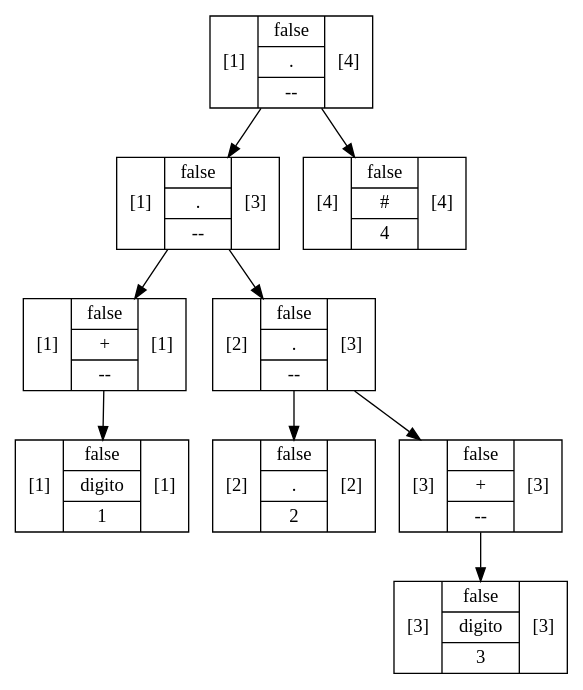
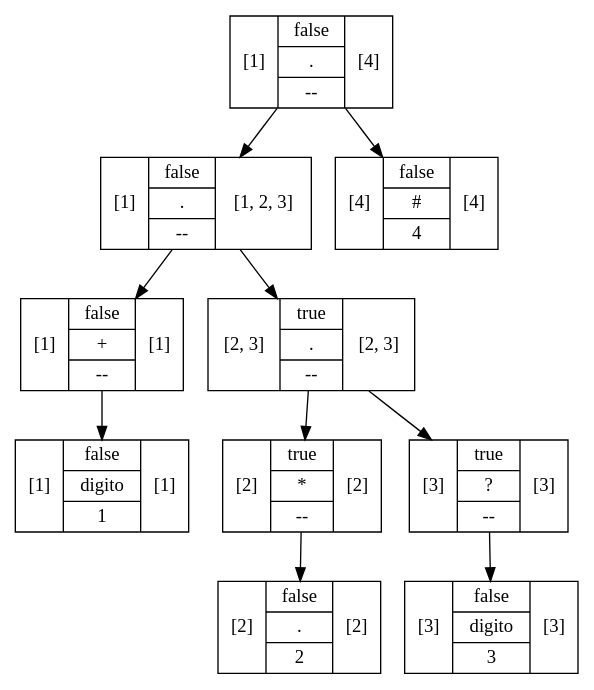
The diagram in Regexive/archivos/ARBOLES_201901557/decimales.dot (JeffMendez/OCL_Proyecto1_201901557), drawn with Graphviz before and after one commit. The commit also changed 4 other files, not shown here.

```diff
--- a/Regexive/archivos/ARBOLES_201901557/decimales.dot
+++ b/Regexive/archivos/ARBOLES_201901557/decimales.dot
@@ -1,19 +1,21 @@
 digraph G {
-1347632218 [shape=record label="[1] |{ false | digito | 1 }| [1]"];
-545146301 [shape=record label="[1] |{ false | + | -- }| [1]"];
-545146301 -> 1347632218
-771270793 [shape=record label="[2] |{ false | . | 2 }| [2]"];
-618461270 [shape=record label="[3] |{ false | digito | 3 }| [3]"];
-1839505787 [shape=record label="[3] |{ false | + | -- }| [3]"];
-1839505787 -> 618461270
-1067795167 [shape=record label="[2] |{ false | . | -- }| [3]"];
-1067795167 -> 771270793
-1067795167 -> 1839505787
-1467025730 [shape=record label="[1] |{ false | . | -- }| [3]"];
-1467025730 -> 545146301
-1467025730 -> 1067795167
-346834354 [shape=record label="[4] |{ false | # | 4 }| [4]"];
-1556844837 [shape=record label="[1] |{ false | . | -- }| [4]"];
-1556844837 -> 1467025730
-1556844837 -> 346834354
+1472463323 [shape=record label="[1] |{ false | digito | 1 }| [1]"];
+2088689456 [shape=record label="[1] |{ false | + | -- }| [1]"];
+2088689456 -> 1472463323
+1726073453 [shape=record label="[2] |{ false | . | 2 }| [2]"];
+1640625530 [shape=record label="[2] |{ true | * | -- }| [2]"];
+1640625530 -> 1726073453
+376764993 [shape=record label="[3] |{ false | digito | 3 }| [3]"];
+486093024 [shape=record label="[3] |{ true | ? | -- }| [3]"];
+486093024 -> 376764993
+1956852656 [shape=record label="[2, 3] |{ true | . | -- }| [2, 3]"];
+1956852656 -> 1640625530
+1956852656 -> 486093024
+1517255291 [shape=record label="[1] |{ false | . | -- }| [1, 2, 3]"];
+1517255291 -> 2088689456
+1517255291 -> 1956852656
+1811428741 [shape=record label="[4] |{ false | # | 4 }| [4]"];
+1054041642 [shape=record label="[1] |{ false | . | -- }| [4]"];
+1054041642 -> 1517255291
+1054041642 -> 1811428741
 }
```
